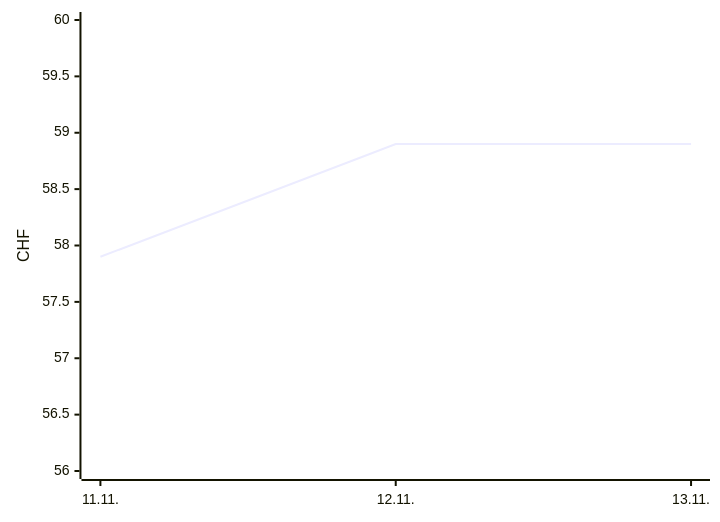
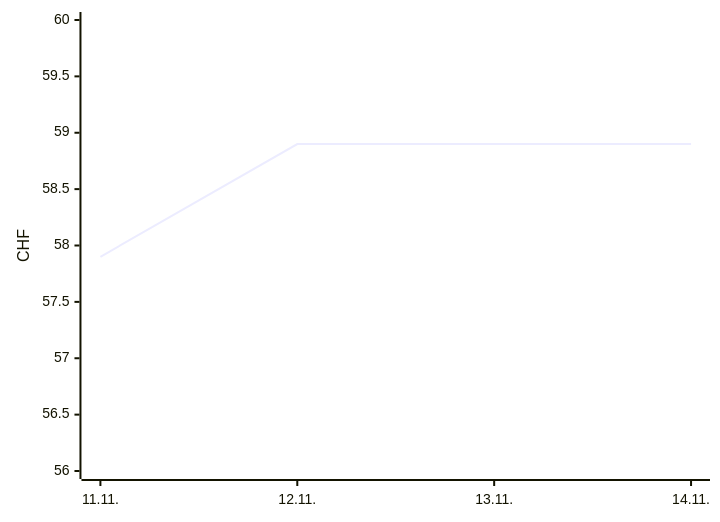
Before and after one commit to Akira2828/my-Galaxus-MCP: the second of 2 diagrams in README.md, drawn with Mermaid. The commit also changed other lines of this file and 1 other file, not shown here.

````diff
--- a/README.md
+++ b/README.md
@@ -25,6 +25,6 @@
 ```mermaid
 xychart-beta
-  x-axis ["11.11.", "12.11.", "13.11."]
+  x-axis ["11.11.", "12.11.", "13.11.", "14.11."]
   y-axis "CHF" 56 --> 60
-  line [57.9, 58.9, 58.9]
+  line [57.9, 58.9, 58.9, 58.9]
 ```
````
